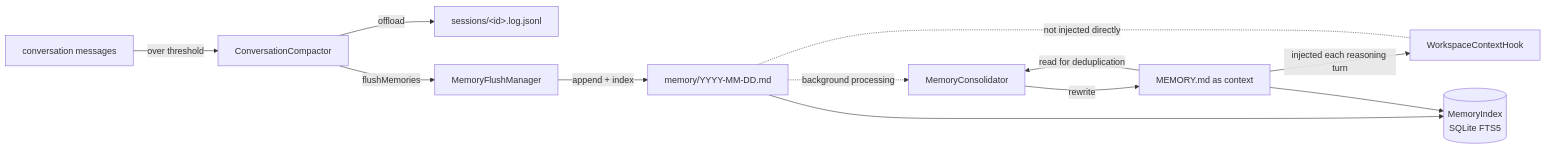
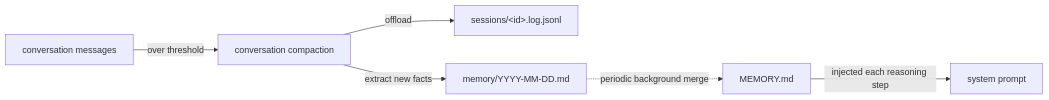
Before and after one commit to nexora-dev200/agentscope-java: the diagram in docs/v2/en/docs/harness/memory.md, drawn with Mermaid. The commit also changed other lines of this file and 135 other files, not shown here.

````diff
--- a/docs/v2/en/docs/harness/memory.md
+++ b/docs/v2/en/docs/harness/memory.md
@@ -21,14 +21,8 @@
 ```{mermaid}
 graph LR
-    Conv[conversation messages] -->|over threshold| Compactor[ConversationCompactor]
-    Compactor -->|offload| Sess[sessions/&lt;id&gt;.log.jsonl]
-    Compactor -->|flushMemories| Flush[MemoryFlushManager]
-    Flush -->|append + index| Daily[memory/YYYY-MM-DD.md]
-    Daily -. background processing .-> Cons[MemoryConsolidator]
-    MEM[MEMORY.md as context] -->|read for deduplication| Cons
-    Cons -->|rewrite| MEM
-    MEM -->|injected each reasoning turn| Hook[WorkspaceContextHook]
-    Daily -.not injected directly.- Hook
-    Daily --> Idx[(MemoryIndex<br/>SQLite FTS5)]
-    MEM --> Idx
+    Conv["conversation messages"] -->|over threshold| Compactor["conversation compaction"]
+    Compactor -->|offload| Sess["sessions/&lt;id&gt;.log.jsonl"]
+    Compactor -->|extract new facts| Daily["memory/YYYY-MM-DD.md"]
+    Daily -. periodic background merge .-> MEM["MEMORY.md"]
+    MEM -->|injected each reasoning step| SYS["system prompt"]
 ```
````
